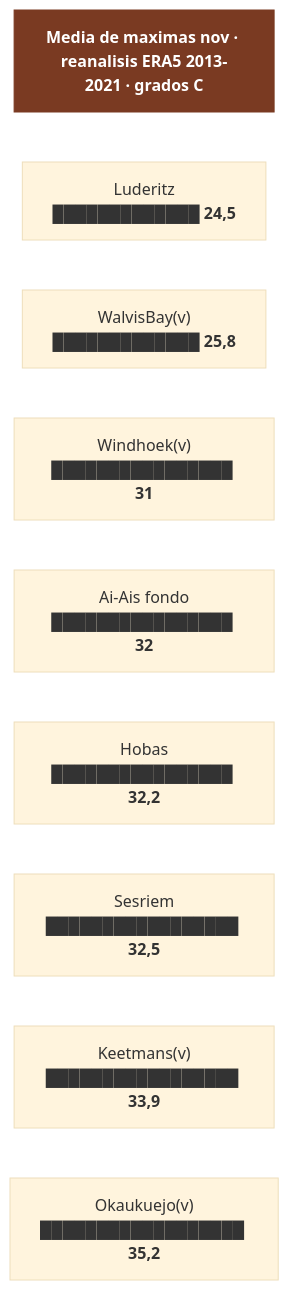
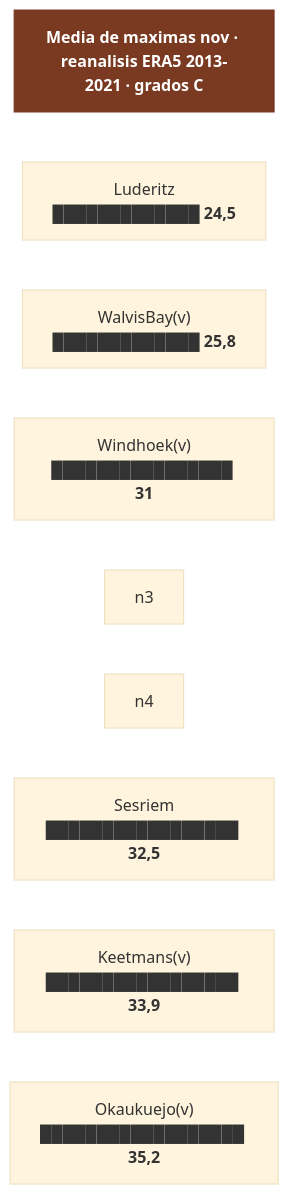
Before and after one commit to morandeirachema/namibia: the fourth of 6 diagrams in 15-huecos-cerrados.md, drawn with Mermaid (base theme). The commit also changed other lines of this file and 15 other files, not shown here.

````diff
--- a/15-huecos-cerrados.md
+++ b/15-huecos-cerrados.md
@@ -435,21 +337,19 @@
 ```mermaid
 flowchart TD
     T["<b>Media de maximas nov · reanalisis ERA5 2013-2021 · grados C</b>"]
     n0["Luderitz<br/>█████████████ <b>24,5</b>"]
     n1["WalvisBay(v)<br/>█████████████ <b>25,8</b>"]
     n2["Windhoek(v)<br/>████████████████ <b>31</b>"]
-    n3["Ai-Ais fondo<br/>████████████████ <b>32</b>"]
-    n4["Hobas<br/>████████████████ <b>32,2</b>"]
     n5["Sesriem<br/>█████████████████ <b>32,5</b>"]
     n6["Keetmans(v)<br/>█████████████████ <b>33,9</b>"]
     n7["Okaukuejo(v)<br/>██████████████████ <b>35,2</b>"]
     T ~~~ n0
     n0 ~~~ n1
     n1 ~~~ n2
     n2 ~~~ n3
     n3 ~~~ n4
     n4 ~~~ n5
     n5 ~~~ n6
     n6 ~~~ n7
     style T fill:#7a3a22,color:#fff,stroke:#7a3a22
 ```
````
